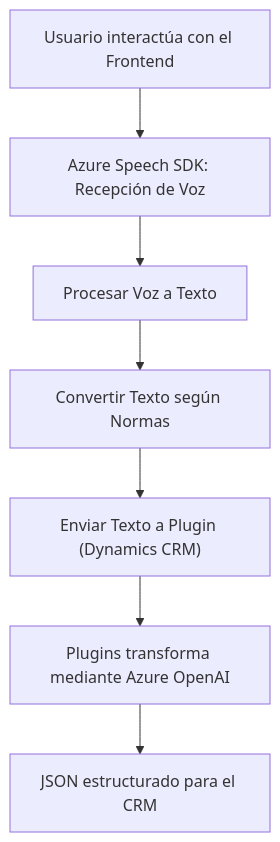
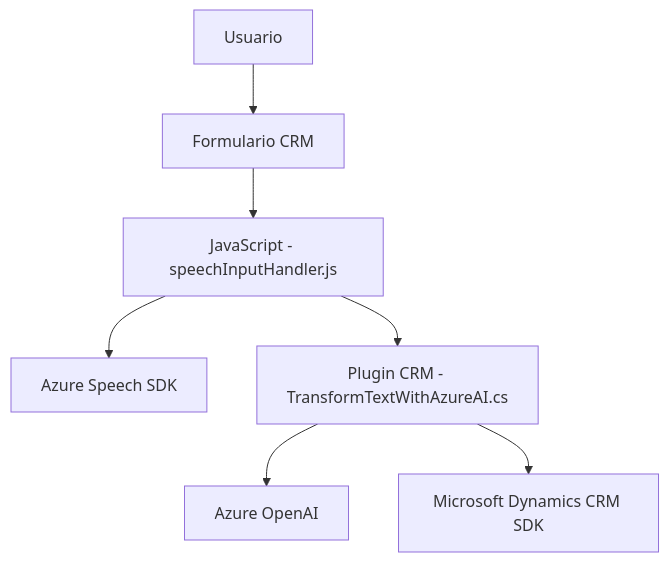
Before and after one commit to blopezdm/NETCORE_BILBAO2025: the diagram in README.md, drawn with Mermaid. The commit also changed other lines of this file, not shown here.

Commit message:
Actualizar análisis global de la solución con IA

````diff
--- a/README.md
+++ b/README.md
@@ -37,9 +39,17 @@
 ```mermaid
 graph TD
-    A["Usuario interactúa con el Frontend"] --> B["Azure Speech SDK: Recepción de Voz"]
-    B --> C["Procesar Voz a Texto"]
-    C --> D["Convertir Texto según Normas"]
-    D --> E["Enviar Texto a Plugin (Dynamics CRM)"]
-    E --> F["Plugins transforma mediante Azure OpenAI"]
-    F --> G["JSON estructurado para el CRM"]
+    A["Usuario"]
+    B["Formulario CRM"]
+    C["JavaScript - speechInputHandler.js"]
+    D["Azure Speech SDK"]
+    E["Plugin CRM - TransformTextWithAzureAI.cs"]
+    F["Azure OpenAI"]
+    G["Microsoft Dynamics CRM SDK"]
+
+    A --> B
+    B --> C
+    C --> D
+    C --> E
+    E --> F
+    E --> G
 ```
````
